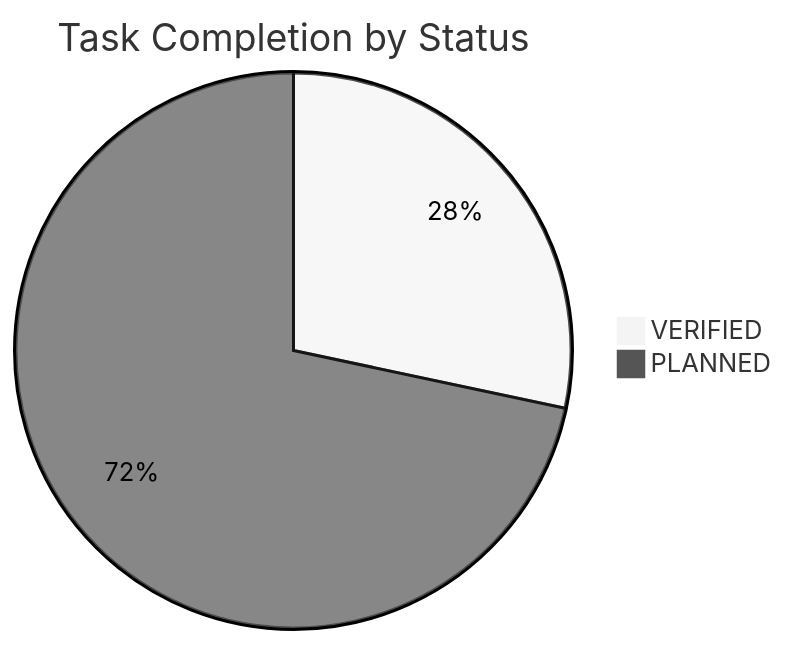
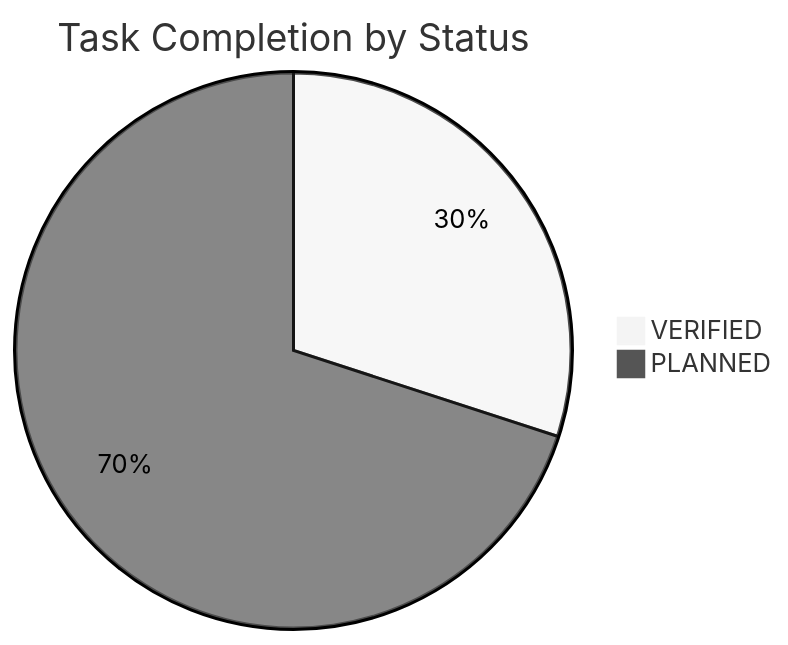
The diagram in docs/TASK_BOARD.md (NguyenTriBaoThang/ClearWayAI), drawn with Mermaid (neutral theme) before and after one commit. The commit also changed other lines of this file and 4 other files, not shown here.

````diff
--- a/docs/TASK_BOARD.md
+++ b/docs/TASK_BOARD.md
@@ -16,5 +16,5 @@
 ```mermaid
 pie title Task Completion by Status
-    "VERIFIED" : 17
-    "PLANNED" : 43
+    "VERIFIED" : 18
+    "PLANNED" : 42
 ```
````
